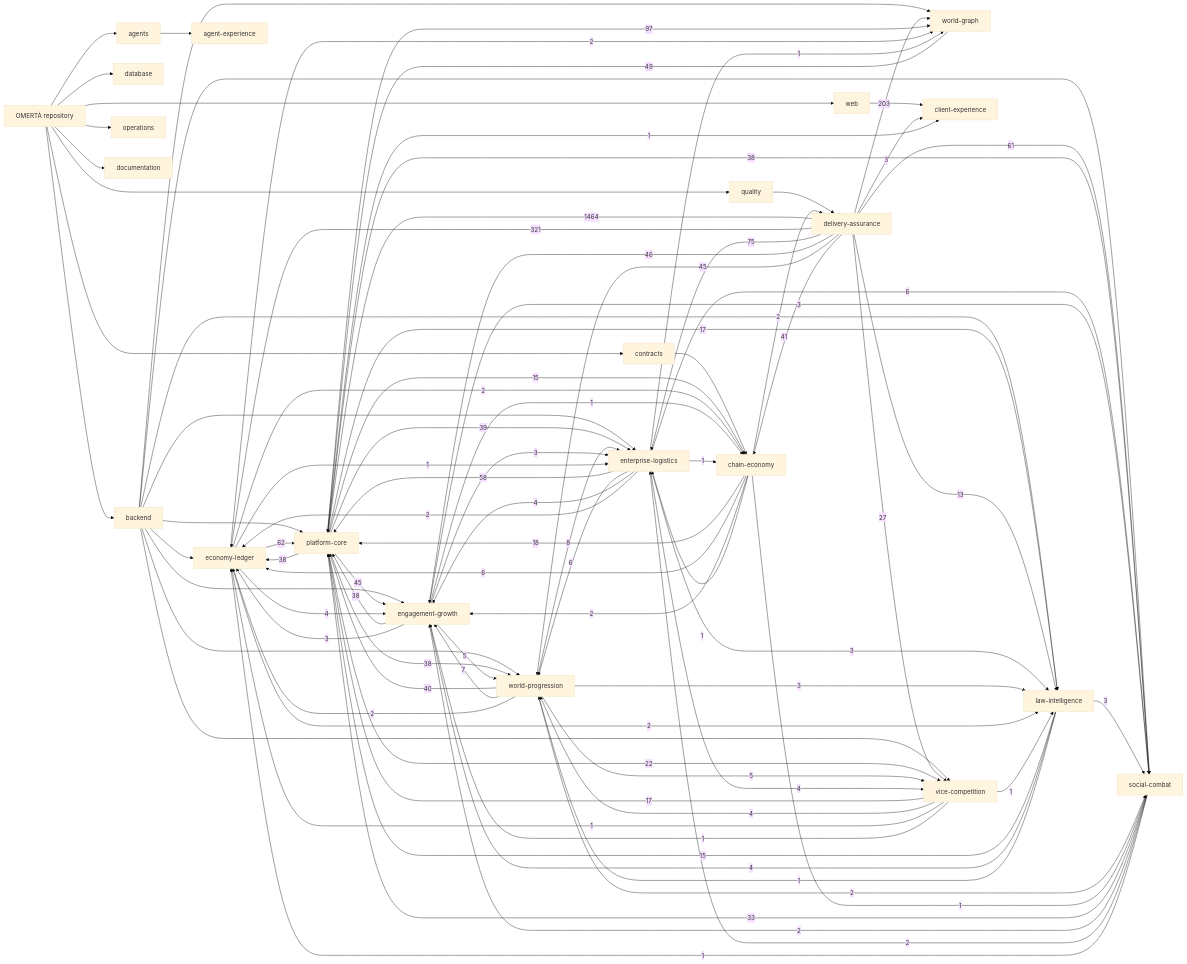
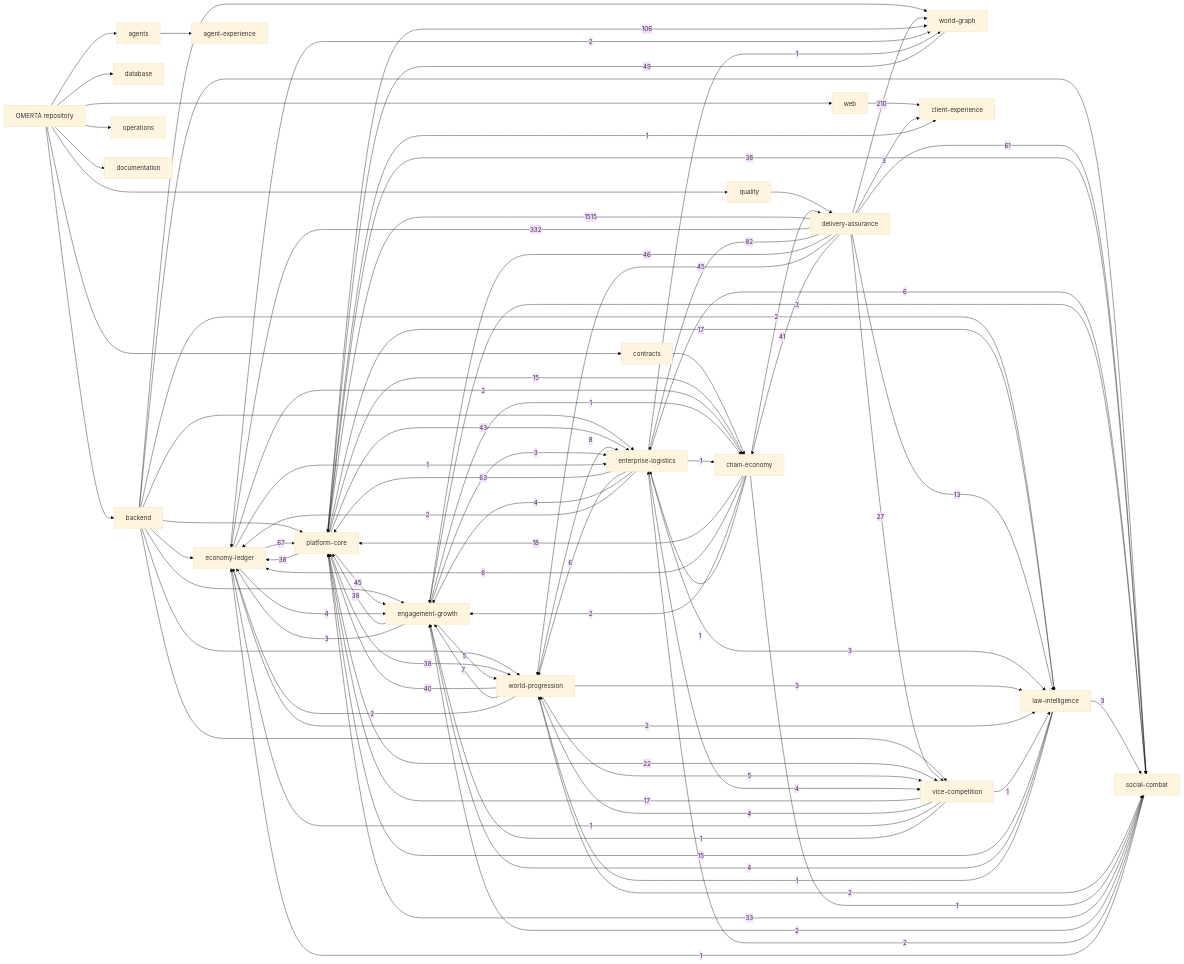
Before and after one commit to OmertaDev/Omerta: the diagram in knowledge/generated/graph.mmd, drawn with Mermaid (base theme). The commit also changed 8 other files, not shown here.

```diff
--- a/knowledge/generated/graph.mmd
+++ b/knowledge/generated/graph.mmd
@@ -1,113 +1,113 @@
 flowchart LR
   repo["OMERTÀ repository"]
   sub_backend["backend"]
   repo --> sub_backend
   sub_database["database"]
   repo --> sub_database
   sub_web["web"]
   repo --> sub_web
   sub_contracts["contracts"]
   repo --> sub_contracts
   sub_agents["agents"]
   repo --> sub_agents
   sub_quality["quality"]
   repo --> sub_quality
   sub_operations["operations"]
   repo --> sub_operations
   sub_documentation["documentation"]
   repo --> sub_documentation
   dom_platform-core["platform-core"]
   dom_economy-ledger["economy-ledger"]
   dom_social-combat["social-combat"]
   dom_world-progression["world-progression"]
   dom_world-graph["world-graph"]
   dom_enterprise-logistics["enterprise-logistics"]
   dom_vice-competition["vice-competition"]
   dom_law-intelligence["law-intelligence"]
   dom_chain-economy["chain-economy"]
   dom_engagement-growth["engagement-growth"]
   dom_client-experience["client-experience"]
   dom_agent-experience["agent-experience"]
   dom_delivery-assurance["delivery-assurance"]
   sub_agents --> dom_agent-experience
   sub_backend --> dom_economy-ledger
   sub_backend --> dom_engagement-growth
   sub_backend --> dom_enterprise-logistics
   sub_backend --> dom_law-intelligence
   sub_backend --> dom_platform-core
   sub_backend --> dom_social-combat
   sub_backend --> dom_vice-competition
   sub_backend --> dom_world-graph
   sub_backend --> dom_world-progression
   sub_contracts --> dom_chain-economy
   sub_quality --> dom_delivery-assurance
   sub_web --> dom_client-experience
-  dom_delivery-assurance -->|1464| dom_platform-core
-  dom_delivery-assurance -->|321| dom_economy-ledger
-  dom_delivery-assurance -->|203| dom_world-graph
-  dom_platform-core -->|97| dom_world-graph
-  dom_delivery-assurance -->|75| dom_enterprise-logistics
-  dom_economy-ledger -->|62| dom_platform-core
+  dom_delivery-assurance -->|1515| dom_platform-core
+  dom_delivery-assurance -->|332| dom_economy-ledger
+  dom_delivery-assurance -->|210| dom_world-graph
+  dom_platform-core -->|106| dom_world-graph
+  dom_delivery-assurance -->|82| dom_enterprise-logistics
+  dom_economy-ledger -->|67| dom_platform-core
+  dom_enterprise-logistics -->|63| dom_platform-core
   dom_delivery-assurance -->|61| dom_social-combat
-  dom_enterprise-logistics -->|58| dom_platform-core
   dom_world-graph -->|49| dom_platform-core
   dom_delivery-assurance -->|46| dom_engagement-growth
   dom_delivery-assurance -->|45| dom_world-progression
   dom_platform-core -->|45| dom_engagement-growth
+  dom_platform-core -->|43| dom_enterprise-logistics
   dom_delivery-assurance -->|41| dom_chain-economy
   dom_world-progression -->|40| dom_platform-core
-  dom_platform-core -->|39| dom_enterprise-logistics
   dom_engagement-growth -->|38| dom_platform-core
   dom_platform-core -->|38| dom_economy-ledger
   dom_platform-core -->|38| dom_social-combat
   dom_platform-core -->|38| dom_world-progression
   dom_social-combat -->|33| dom_platform-core
   dom_delivery-assurance -->|27| dom_vice-competition
   dom_platform-core -->|22| dom_vice-competition
   dom_chain-economy -->|18| dom_platform-core
   dom_platform-core -->|17| dom_law-intelligence
   dom_vice-competition -->|17| dom_platform-core
   dom_law-intelligence -->|15| dom_platform-core
   dom_platform-core -->|15| dom_chain-economy
   dom_delivery-assurance -->|13| dom_law-intelligence
   dom_world-progression -->|8| dom_enterprise-logistics
   dom_world-progression -->|7| dom_engagement-growth
   dom_chain-economy -->|6| dom_economy-ledger
   dom_enterprise-logistics -->|6| dom_social-combat
   dom_enterprise-logistics -->|6| dom_world-progression
   dom_engagement-growth -->|5| dom_world-progression
   dom_world-progression -->|5| dom_vice-competition
   dom_economy-ledger -->|4| dom_engagement-growth
   dom_enterprise-logistics -->|4| dom_engagement-growth
   dom_enterprise-logistics -->|4| dom_vice-competition
   dom_law-intelligence -->|4| dom_engagement-growth
   dom_vice-competition -->|4| dom_world-progression
   dom_delivery-assurance -->|3| dom_client-experience
   dom_engagement-growth -->|3| dom_economy-ledger
   dom_engagement-growth -->|3| dom_enterprise-logistics
   dom_engagement-growth -->|3| dom_social-combat
   dom_enterprise-logistics -->|3| dom_law-intelligence
   dom_law-intelligence -->|3| dom_social-combat
   dom_world-progression -->|3| dom_law-intelligence
   dom_chain-economy -->|2| dom_delivery-assurance
   dom_chain-economy -->|2| dom_engagement-growth
   dom_economy-ledger -->|2| dom_chain-economy
   dom_economy-ledger -->|2| dom_law-intelligence
   dom_economy-ledger -->|2| dom_world-graph
   dom_enterprise-logistics -->|2| dom_economy-ledger
   dom_social-combat -->|2| dom_engagement-growth
   dom_social-combat -->|2| dom_enterprise-logistics
   dom_world-progression -->|2| dom_economy-ledger
   dom_world-progression -->|2| dom_social-combat
   dom_chain-economy -->|1| dom_enterprise-logistics
   dom_chain-economy -->|1| dom_social-combat
   dom_economy-ledger -->|1| dom_enterprise-logistics
   dom_engagement-growth -->|1| dom_chain-economy
   dom_enterprise-logistics -->|1| dom_chain-economy
   dom_enterprise-logistics -->|1| dom_world-graph
   dom_law-intelligence -->|1| dom_world-progression
   dom_platform-core -->|1| dom_client-experience
   dom_social-combat -->|1| dom_economy-ledger
   dom_vice-competition -->|1| dom_economy-ledger
   dom_vice-competition -->|1| dom_engagement-growth
   dom_vice-competition -->|1| dom_law-intelligence
```
